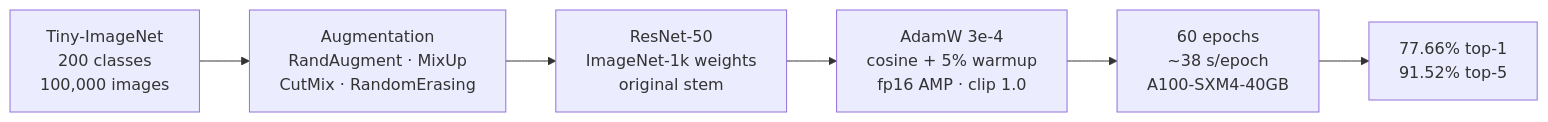
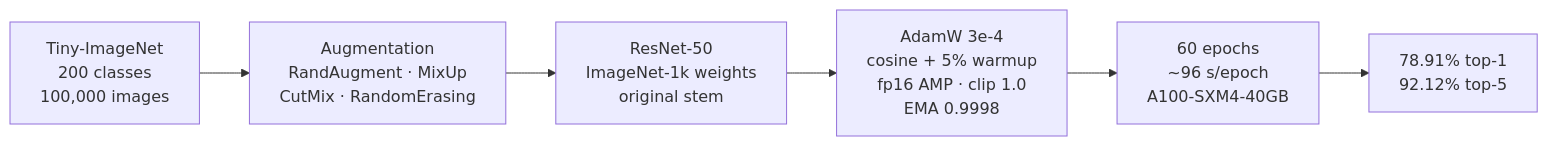
Before and after one commit to pankaj29/ML-Engineer-Challenge: the first of 3 diagrams in models/cards/resnet50-tiny-imagenet.md, drawn with Mermaid. The commit also changed other lines of this file and 6 other files, not shown here.

````diff
--- a/models/cards/resnet50-tiny-imagenet.md
+++ b/models/cards/resnet50-tiny-imagenet.md
@@ -34,8 +34,8 @@
 ```mermaid
 flowchart LR
     A["Tiny-ImageNet<br/>200 classes<br/>100,000 images"] --> B["Augmentation<br/>RandAugment · MixUp<br/>CutMix · RandomErasing"]
     B --> C["ResNet-50<br/>ImageNet-1k weights<br/>original stem"]
-    C --> D["AdamW 3e-4<br/>cosine + 5% warmup<br/>fp16 AMP · clip 1.0"]
-    D --> E["60 epochs<br/>~38 s/epoch<br/>A100-SXM4-40GB"]
-    E --> F["77.66% top-1<br/>91.52% top-5"]
+    C --> D["AdamW 3e-4<br/>cosine + 5% warmup<br/>fp16 AMP · clip 1.0<br/>EMA 0.9998"]
+    D --> E["60 epochs<br/>~96 s/epoch<br/>A100-SXM4-40GB"]
+    E --> F["78.91% top-1<br/>92.12% top-5"]
 ```
````
